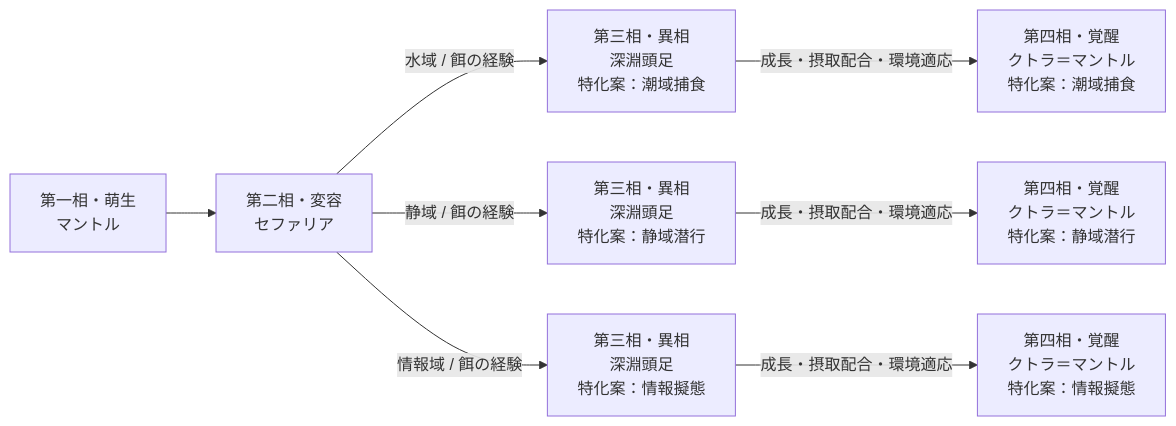
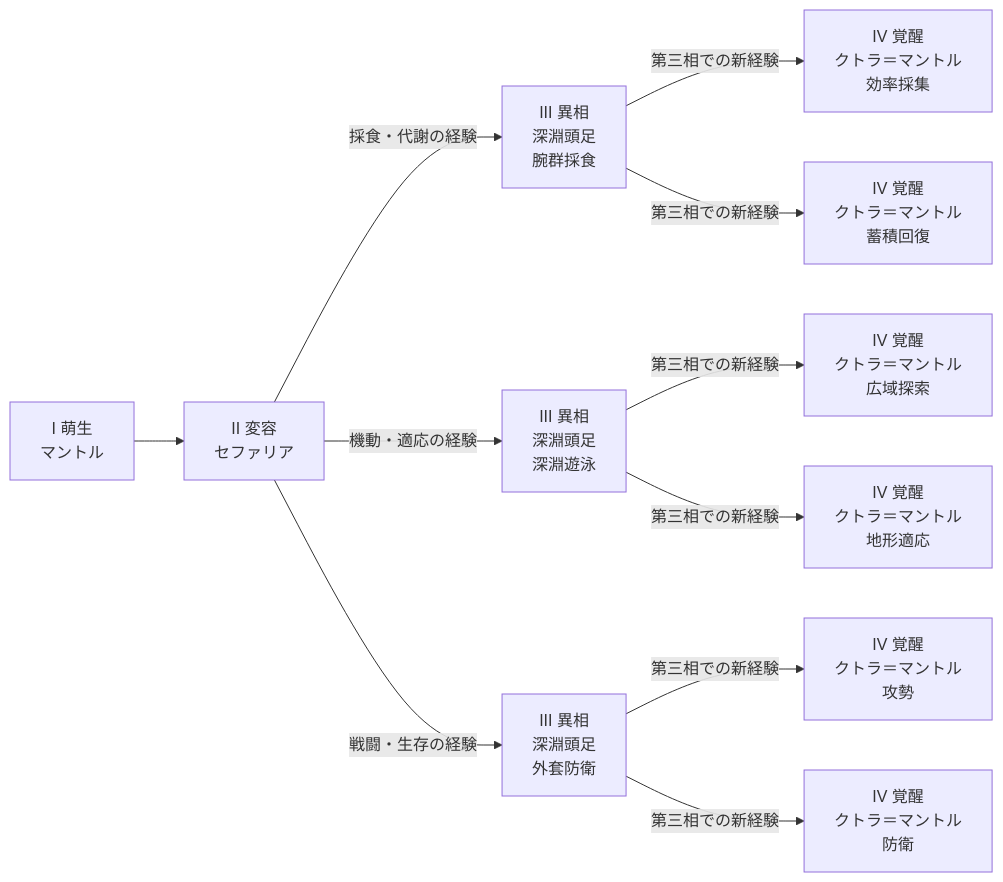
One commit to chifuru/VAL changed the diagram in lifegame-desktop/design/specification/evolution-trees/cephalopod.md. Above: the diagram before and after it, drawn with Mermaid. The commit also changed other lines of this file and 56 other files, not shown here.

````diff
--- a/lifegame-desktop/design/specification/evolution-trees/cephalopod.md
+++ b/lifegame-desktop/design/specification/evolution-trees/cephalopod.md
@@ -21,10 +32,13 @@
 ```mermaid
 flowchart LR
-  p1["第一相・萌生<br/>マントル"] --> p2["第二相・変容<br/>セファリア"]
-  p2 -->|"水域 / 餌の経験"| p3_1["第三相・異相<br/>深淵頭足<br/>特化案：潮域捕食"]
-  p3_1 -->|"成長・摂取配合・環境適応"| p4_1["第四相・覚醒<br/>クトラ＝マントル<br/>特化案：潮域捕食"]
-  p2 -->|"静域 / 餌の経験"| p3_2["第三相・異相<br/>深淵頭足<br/>特化案：静域潜行"]
-  p3_2 -->|"成長・摂取配合・環境適応"| p4_2["第四相・覚醒<br/>クトラ＝マントル<br/>特化案：静域潜行"]
-  p2 -->|"情報域 / 餌の経験"| p3_3["第三相・異相<br/>深淵頭足<br/>特化案：情報擬態"]
-  p3_3 -->|"成長・摂取配合・環境適応"| p4_3["第四相・覚醒<br/>クトラ＝マントル<br/>特化案：情報擬態"]
+ p1["I 萌生<br/>マントル"] --> p2["II 変容<br/>セファリア"]
+ p2 -->|"採食・代謝の経験"| p3_0["III 異相<br/>深淵頭足<br/>腕群採食"]
+ p3_0 -->|"第三相での新経験"| p4_0_0["IV 覚醒<br/>クトラ＝マントル<br/>効率採集"]
+ p3_0 -->|"第三相での新経験"| p4_0_1["IV 覚醒<br/>クトラ＝マントル<br/>蓄積回復"]
+ p2 -->|"機動・適応の経験"| p3_1["III 異相<br/>深淵頭足<br/>深淵遊泳"]
+ p3_1 -->|"第三相での新経験"| p4_1_0["IV 覚醒<br/>クトラ＝マントル<br/>広域探索"]
+ p3_1 -->|"第三相での新経験"| p4_1_1["IV 覚醒<br/>クトラ＝マントル<br/>地形適応"]
+ p2 -->|"戦闘・生存の経験"| p3_2["III 異相<br/>深淵頭足<br/>外套防衛"]
+ p3_2 -->|"第三相での新経験"| p4_2_0["IV 覚醒<br/>クトラ＝マントル<br/>攻勢"]
+ p3_2 -->|"第三相での新経験"| p4_2_1["IV 覚醒<br/>クトラ＝マントル<br/>防衛"]
 ```
````
